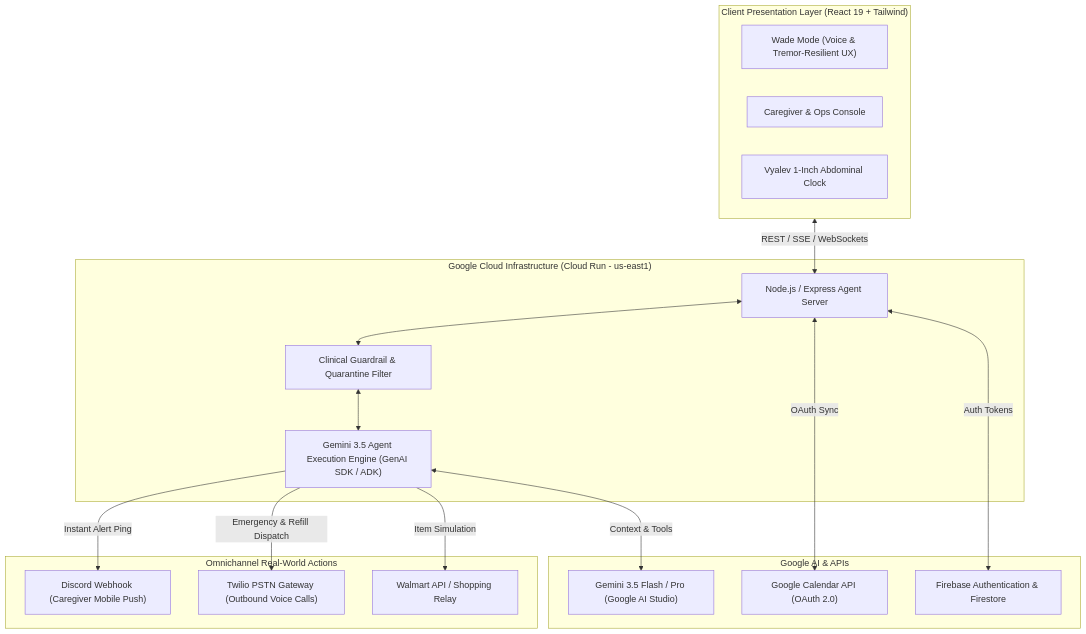
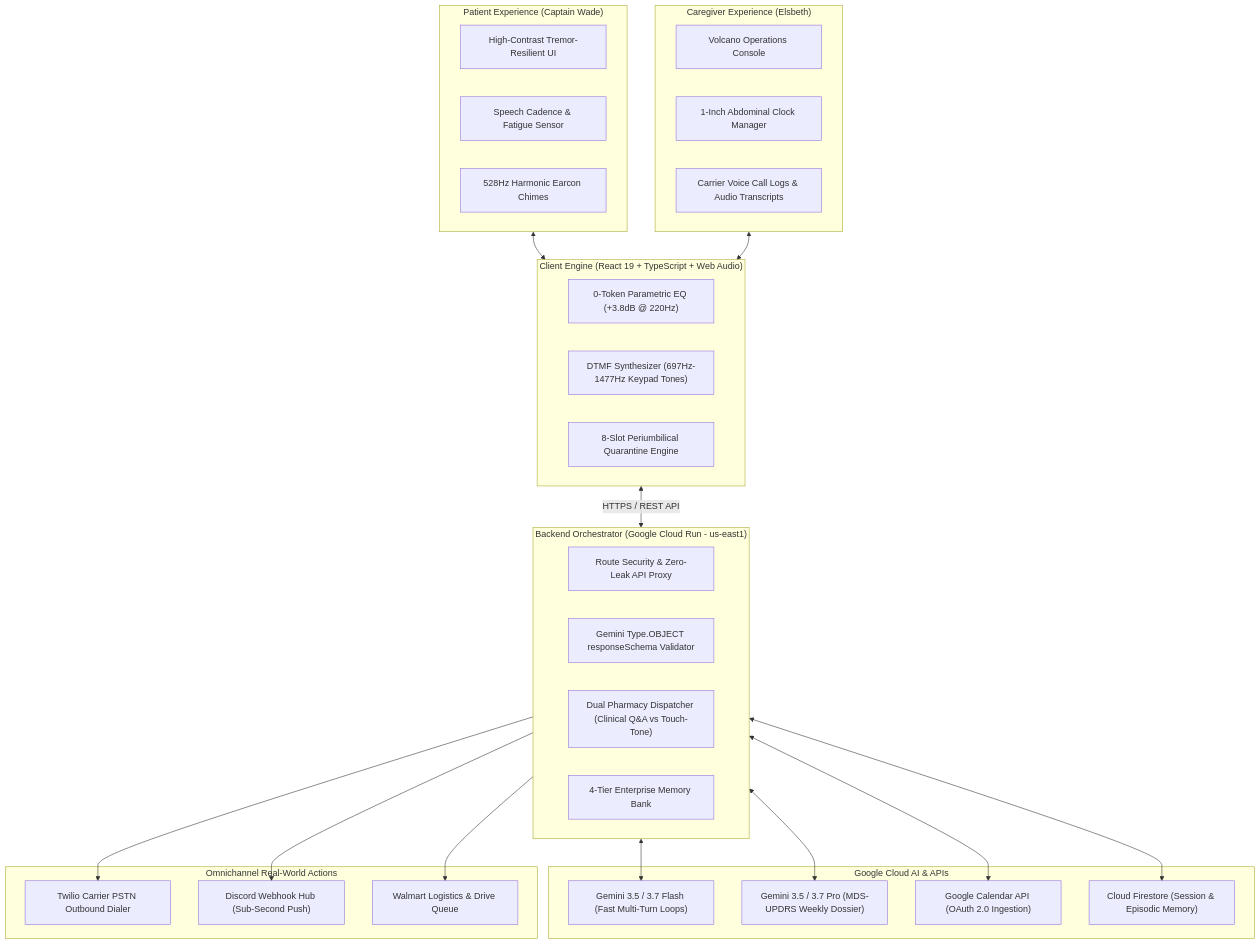
Before and after one commit to Sprinkels95/The-Legacy-Honored-Companion: the diagram in README.md, drawn with Mermaid. The commit also changed other lines of this file, not shown here.

````diff
--- a/README.md
+++ b/README.md
@@ -75,37 +135,51 @@
 ```mermaid
 flowchart TD
-    subgraph Client ["Client Presentation Layer (React 19 + Tailwind)"]
-        WadeUI["Wade Mode (Voice & Tremor-Resilient UX)"]
-        OpsUI["Caregiver & Ops Console"]
-        SiteUI["Vyalev 1-Inch Abdominal Clock"]
+    subgraph PatientExperience ["Patient Experience (Captain Wade)"]
+        WadeUI["High-Contrast Tremor-Resilient UI"]
+        AcousticTracker["Speech Cadence & Fatigue Sensor"]
+        EarconFeedback["528Hz Harmonic Earcon Chimes"]
     end
 
-    subgraph GCP ["Google Cloud Infrastructure (Cloud Run - us-east1)"]
-        Server["Node.js / Express Agent Server"]
-        AgentEngine["Gemini 3.5 Agent Execution Engine (GenAI SDK / ADK)"]
-        SafetyEngine["Clinical Guardrail & Quarantine Filter"]
+    subgraph CaregiverExperience ["Caregiver Experience (Elsbeth)"]
+        OpsHub["Volcano Operations Console"]
+        InfusionHub["1-Inch Abdominal Clock Manager"]
+        TelephonyLogs["Carrier Voice Call Logs & Audio Transcripts"]
     end
 
-    subgraph GoogleAI ["Google AI & APIs"]
-        GeminiModel["Gemini 3.5 Flash / Pro (Google AI Studio)"]
-        GCalAPI["Google Calendar API (OAuth 2.0)"]
-        FirebaseAuth["Firebase Authentication & Firestore"]
+    subgraph ClientEngine ["Client Engine (React 19 + TypeScript + Web Audio)"]
+        DSPChain["0-Token Parametric EQ (+3.8dB @ 220Hz)"]
+        DTMFEngine["DTMF Synthesizer (697Hz-1477Hz Keypad Tones)"]
+        RadialInfusionEngine["8-Slot Periumbilical Quarantine Engine"]
     end
 
-    subgraph External ["Omnichannel Real-World Actions"]
-        DiscordBot["Discord Webhook (Caregiver Mobile Push)"]
-        TwilioVoice["Twilio PSTN Gateway (Outbound Voice Calls)"]
-        WalmartSim["Walmart API / Shopping Relay"]
+    subgraph GCPCloudRun ["Backend Orchestrator (Google Cloud Run - us-east1)"]
+        APIProxy["Route Security & Zero-Leak API Proxy"]
+        SchemaValidator["Gemini Type.OBJECT responseSchema Validator"]
+        DualDispatcher["Dual Pharmacy Dispatcher (Clinical Q&A vs Touch-Tone)"]
+        MemoryBank["4-Tier Enterprise Memory Bank"]
     end
 
-    %% Flow Connections
-    Client <-->|REST / SSE / WebSockets| Server
-    Server <--> SafetyEngine
-    SafetyEngine <--> AgentEngine
-    AgentEngine <-->|Context & Tools| GeminiModel
-    Server <-->|OAuth Sync| GCalAPI
-    Server <-->|Auth Tokens| FirebaseAuth
-    AgentEngine -->|Emergency & Refill Dispatch| TwilioVoice
-    AgentEngine -->|Instant Alert Ping| DiscordBot
-    AgentEngine -->|Item Simulation| WalmartSim
+    subgraph CloudAI ["Google Cloud AI & APIs"]
+        GeminiFlash["Gemini 3.5 / 3.7 Flash (Fast Multi-Turn Loops)"]
+        GeminiPro["Gemini 3.5 / 3.7 Pro (MDS-UPDRS Weekly Dossier)"]
+        GCalAPI["Google Calendar API (OAuth 2.0 Ingestion)"]
+        FirestoreDB["Cloud Firestore (Session & Episodic Memory)"]
+    end
+
+    subgraph RealWorldActions ["Omnichannel Real-World Actions"]
+        TwilioVoice["Twilio Carrier PSTN Outbound Dialer"]
+        DiscordPush["Discord Webhook Hub (Sub-Second Push)"]
+        WalmartSync["Walmart Logistics & Drive Queue"]
+    end
+
+    PatientExperience <--> ClientEngine
+    CaregiverExperience <--> ClientEngine
+    ClientEngine <-->|HTTPS / REST API| GCPCloudRun
+    GCPCloudRun <--> GeminiFlash
+    GCPCloudRun <--> GeminiPro
+    GCPCloudRun <--> GCalAPI
+    GCPCloudRun <--> FirestoreDB
+    GCPCloudRun --> TwilioVoice
+    GCPCloudRun --> DiscordPush
+    GCPCloudRun --> WalmartSync
 ```
````
